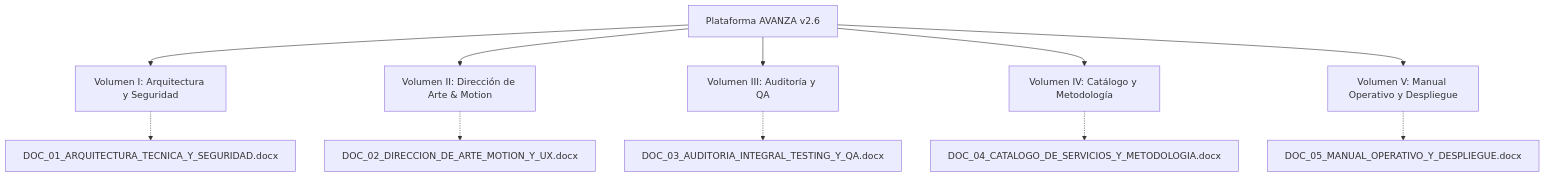
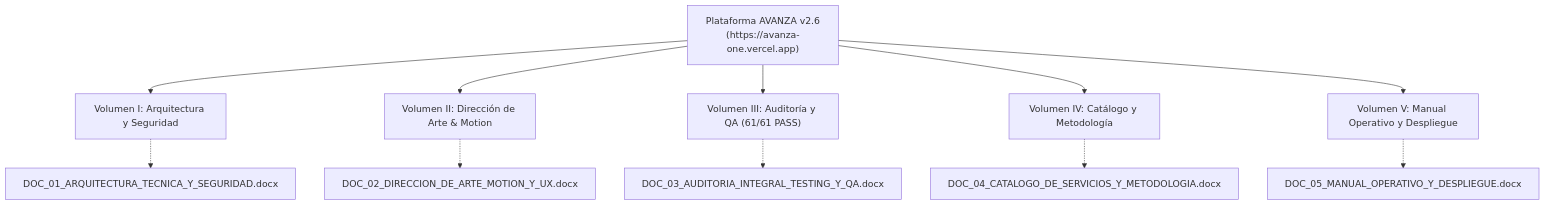
The diagram in INDEX_DOCUMENTACION_AVANZA.md (MFC224/avanza), drawn with Mermaid before and after one commit. The commit also changed other lines of this file and 26 other files, not shown here.

````diff
--- a/INDEX_DOCUMENTACION_AVANZA.md
+++ b/INDEX_DOCUMENTACION_AVANZA.md
@@ -15,14 +17,14 @@
 ```mermaid
 flowchart TD
-    Core["Plataforma AVANZA v2.6"] --> V1["Volumen I: Arquitectura y Seguridad"]
+    Core["Plataforma AVANZA v2.6\n(https://avanza-one.vercel.app)"] --> V1["Volumen I: Arquitectura y Seguridad"]
     Core --> V2["Volumen II: Dirección de Arte & Motion"]
-    Core --> V3["Volumen III: Auditoría y QA"]
+    Core --> V3["Volumen III: Auditoría y QA (61/61 PASS)"]
     Core --> V4["Volumen IV: Catálogo y Metodología"]
     Core --> V5["Volumen V: Manual Operativo y Despliegue"]
 
     V1 -.-> D1["DOC_01_ARQUITECTURA_TECNICA_Y_SEGURIDAD.docx"]
     V2 -.-> D2["DOC_02_DIRECCION_DE_ARTE_MOTION_Y_UX.docx"]
     V3 -.-> D3["DOC_03_AUDITORIA_INTEGRAL_TESTING_Y_QA.docx"]
     V4 -.-> D4["DOC_04_CATALOGO_DE_SERVICIOS_Y_METODOLOGIA.docx"]
     V5 -.-> D5["DOC_05_MANUAL_OPERATIVO_Y_DESPLIEGUE.docx"]
 ```
````
